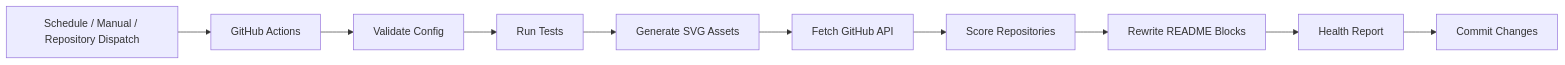
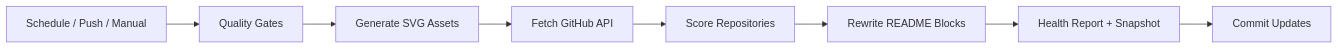
Before and after one commit to Sachith-02/Sachith-02: the diagram in README.md, drawn with Mermaid. The commit also changed other lines of this file and 26 other files, not shown here.

````diff
--- a/README.md
+++ b/README.md
@@ -255,12 +215,10 @@
 ```mermaid
 flowchart LR
-    A[Schedule / Manual / Repository Dispatch] --> B[GitHub Actions]
-    B --> C[Validate Config]
-    C --> D[Run Tests]
-    D --> E[Generate SVG Assets]
-    E --> F[Fetch GitHub API]
-    F --> G[Score Repositories]
-    G --> H[Rewrite README Blocks]
-    H --> I[Health Report]
-    I --> J[Commit Changes]
+    A[Schedule / Push / Manual] --> B[Quality Gates]
+    B --> C[Generate SVG Assets]
+    C --> D[Fetch GitHub API]
+    D --> E[Score Repositories]
+    E --> F[Rewrite README Blocks]
+    F --> G[Health Report + Snapshot]
+    G --> H[Commit Updates]
 ```
````
